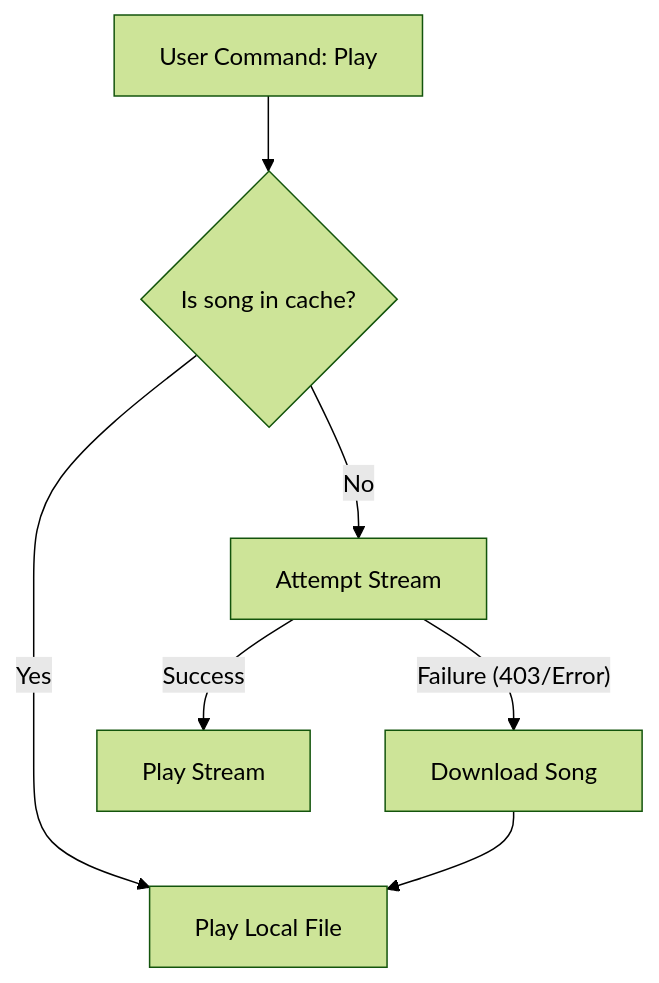
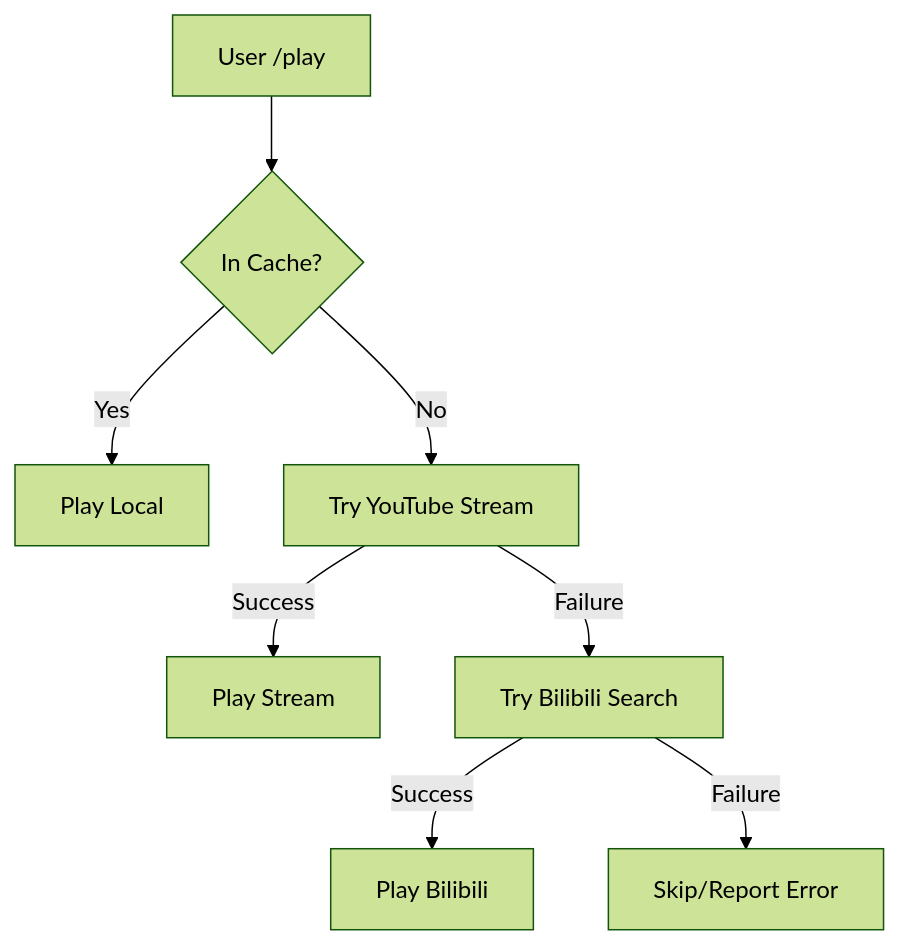
Before and after one commit to Horoaw/Music_bot: the diagram in README.md, drawn with Mermaid (forest theme). The commit also changed other lines of this file and 1 other file, not shown here.

````diff
--- a/README.md
+++ b/README.md
@@ -111,9 +88,10 @@
 ```mermaid
 graph TD
-    A[User Command: Play] --> B{Is song in cache?}
-    B -- Yes --> C[Play Local File]
-    B -- No --> D[Attempt Stream]
+    A[User /play] --> B{In Cache?}
+    B -- Yes --> C[Play Local]
+    B -- No --> D[Try YouTube Stream]
     D -- Success --> E[Play Stream]
-    D -- Failure (403/Error) --> F[Download Song]
-    F --> C
+    D -- Failure --> F[Try Bilibili Search]
+    F -- Success --> G[Play Bilibili]
+    F -- Failure --> H[Skip/Report Error]
 ```
````
